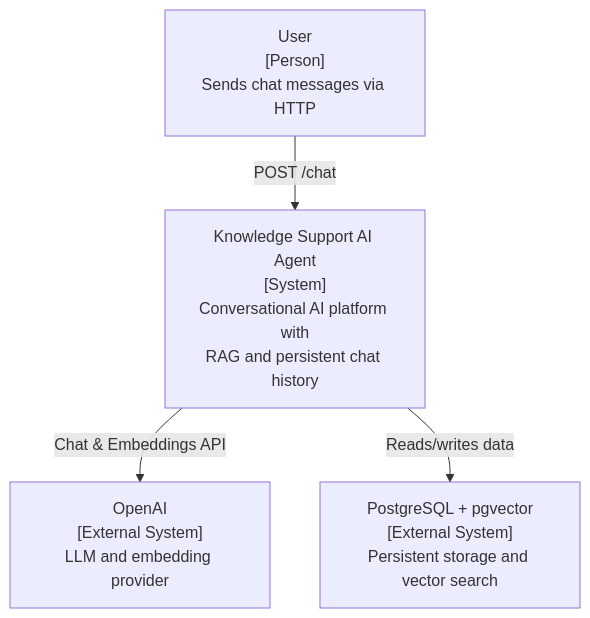
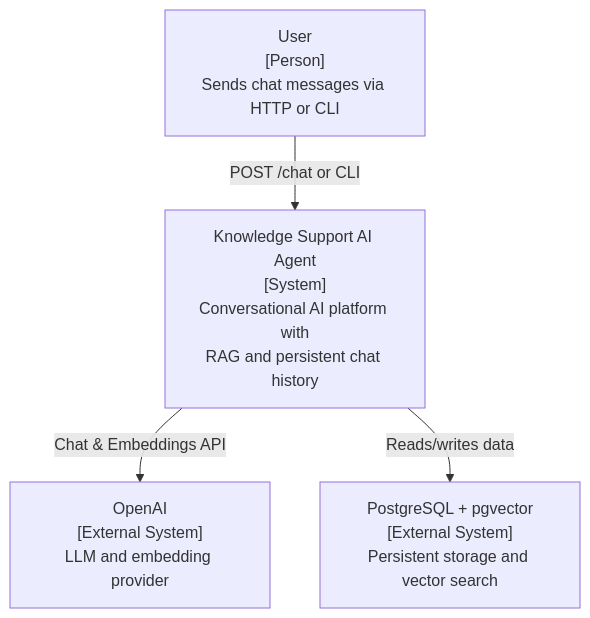
The first of 3 diagrams in docs/architecture.md (camercadop/knowledge-support-ai-agent), drawn with Mermaid before and after one commit. The commit also changed other lines of this file and 10 other files, not shown here.

````diff
--- a/docs/architecture.md
+++ b/docs/architecture.md
@@ -9,11 +9,11 @@
 ```mermaid
 flowchart TB
-    user["User\n[Person]\nSends chat messages via HTTP"]
+    user["User\n[Person]\nSends chat messages via HTTP or CLI"]
     agent["Knowledge Support AI Agent\n[System]\nConversational AI platform with\nRAG and persistent chat history"]
     openai["OpenAI\n[External System]\nLLM and embedding provider"]
     postgres["PostgreSQL + pgvector\n[External System]\nPersistent storage and vector search"]
 
-    user -->|"POST /chat"| agent
+    user -->|"POST /chat or CLI"| agent
     agent -->|"Chat & Embeddings API"| openai
     agent -->|"Reads/writes data"| postgres
 ```
````
